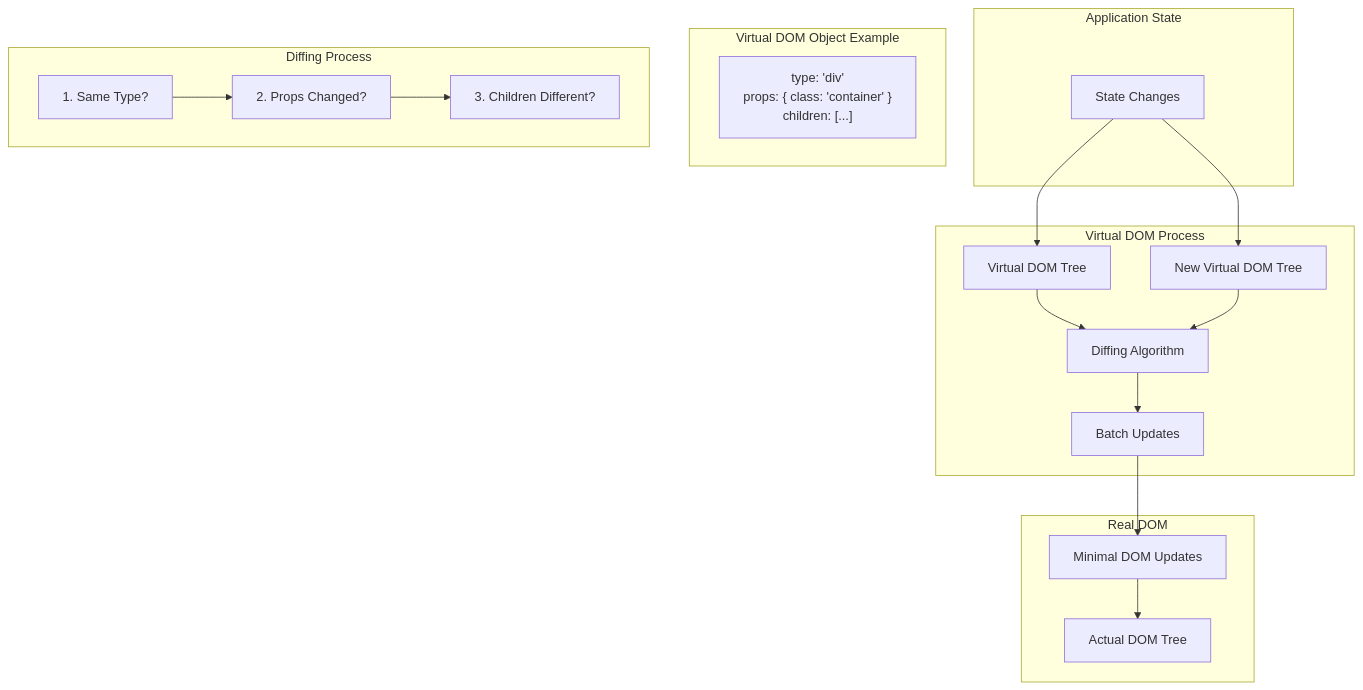
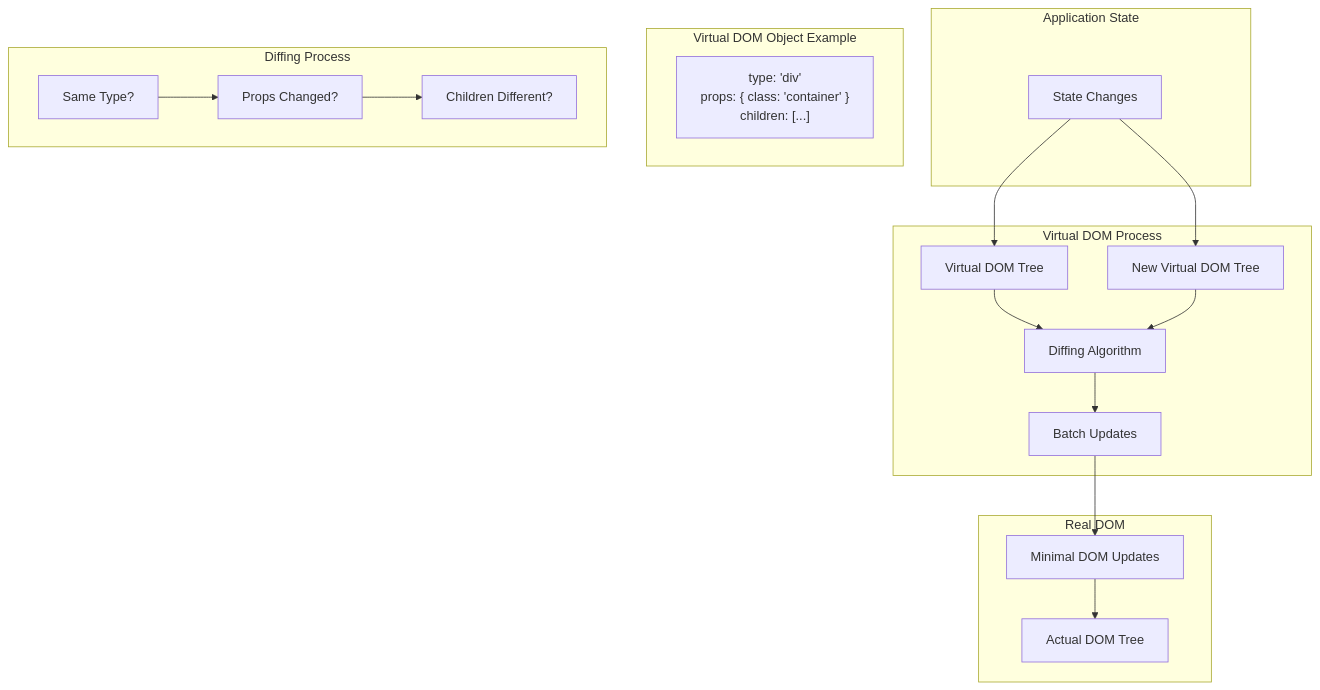
One commit to threemak/vdom-monorepo changed the diagram in packages/vdom3r/vdom-flowchart.mmd. Above: the diagram before and after it, drawn with Mermaid.

```diff
--- a/packages/vdom3r/vdom-flowchart.mmd
+++ b/packages/vdom3r/vdom-flowchart.mmd
@@ -1,41 +1,41 @@
 flowchart TB
     subgraph Application["Application State"]
         State["State Changes"]
     end
 
     subgraph VirtualDOM["Virtual DOM Process"]
         VDOM1["Virtual DOM Tree"]
         VDOM2["New Virtual DOM Tree"]
         diff["Diffing Algorithm"]
         batch["Batch Updates"]
     end
 
     subgraph RealDOM["Real DOM"]
         DOM["Actual DOM Tree"]
         Updates["Minimal DOM Updates"]
     end
 
     State --> VDOM1
     State --> VDOM2
     VDOM1 --> diff
     VDOM2 --> diff
     diff --> batch
     batch --> Updates
     Updates --> DOM
 
     %% Object representations
     subgraph VDOMExample["Virtual DOM Object Example"]
         VNode["type: 'div'
         props: { class: 'container' }
         children: [...]"]
     end
 
     subgraph DiffingProcess["Diffing Process"]
         direction LR
-        D1["1. Same Type?"]
-        D2["2. Props Changed?"]
-        D3["3. Children Different?"]
+        D1["Same Type?"]
+        D2["Props Changed?"]
+        D3["Children Different?"]
     end
 
     D1 --> D2
     D2 --> D3
```
